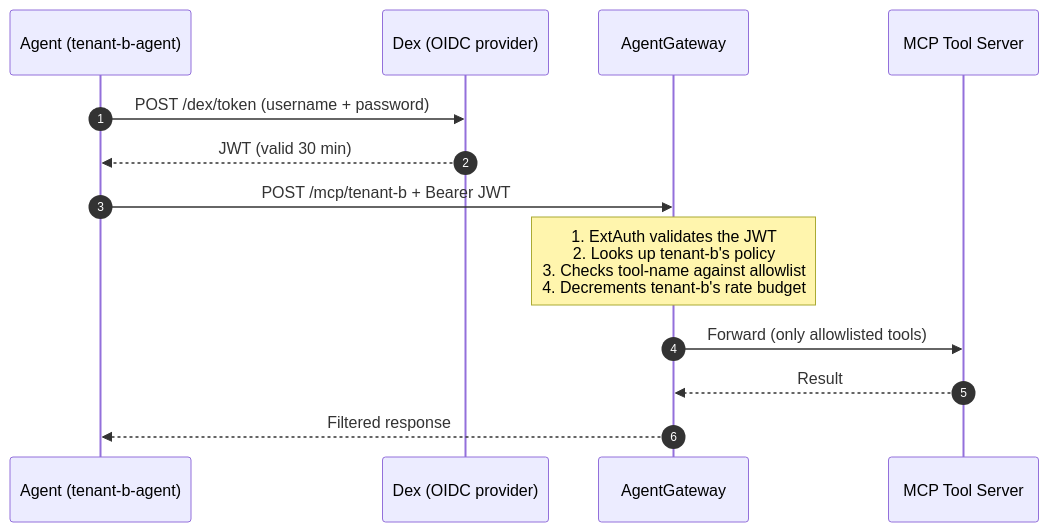
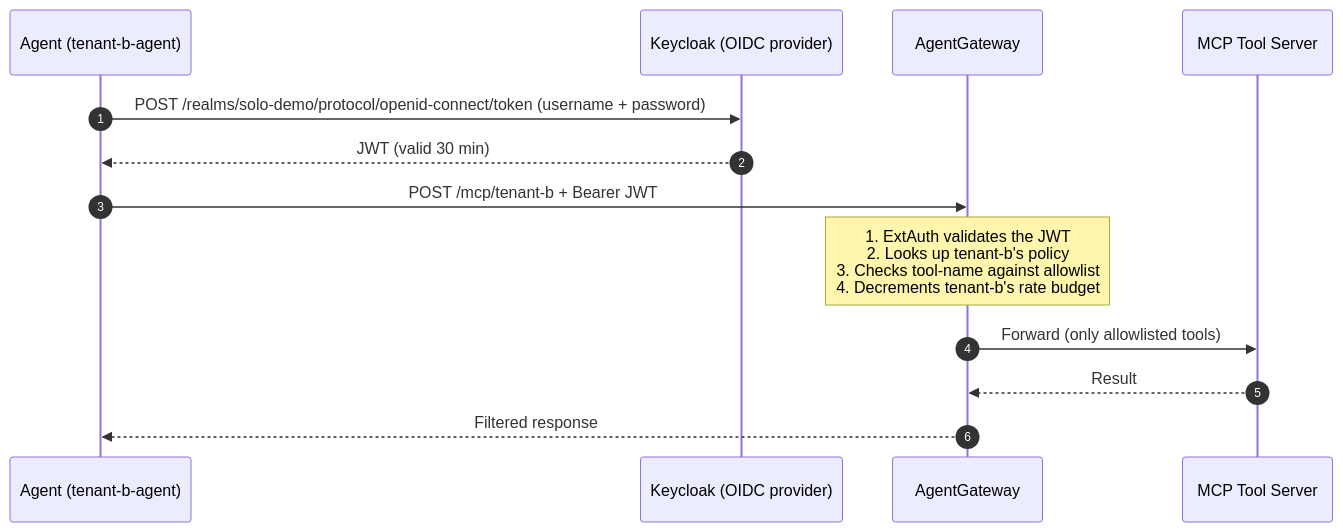
The second of 2 diagrams in examples/02-multi-tenancy.md (jamesilse-solo/agentgateway-multicluster-mcp-demo), drawn with Mermaid before and after one commit. The commit also changed other lines of this file and 25 other files, not shown here.

````diff
--- a/examples/02-multi-tenancy.md
+++ b/examples/02-multi-tenancy.md
@@ -89,16 +89,16 @@
 ```mermaid
 sequenceDiagram
     autonumber
     participant Agent as Agent (tenant-b-agent)
-    participant Dex as Dex (OIDC provider)
+    participant Keycloak as Keycloak (OIDC provider)
     participant AGW as AgentGateway
     participant Tool as MCP Tool Server
 
-    Agent->>Dex: POST /dex/token (username + password)
-    Dex-->>Agent: JWT (valid 30 min)
+    Agent->>Keycloak: POST /realms/solo-demo/protocol/openid-connect/token (username + password)
+    Keycloak-->>Agent: JWT (valid 30 min)
     Agent->>AGW: POST /mcp/tenant-b + Bearer JWT
     Note over AGW: 1. ExtAuth validates the JWT<br/>2. Looks up tenant-b's policy<br/>3. Checks tool-name against allowlist<br/>4. Decrements tenant-b's rate budget
     AGW->>Tool: Forward (only allowlisted tools)
     Tool-->>AGW: Result
     AGW-->>Agent: Filtered response
 ```
````
